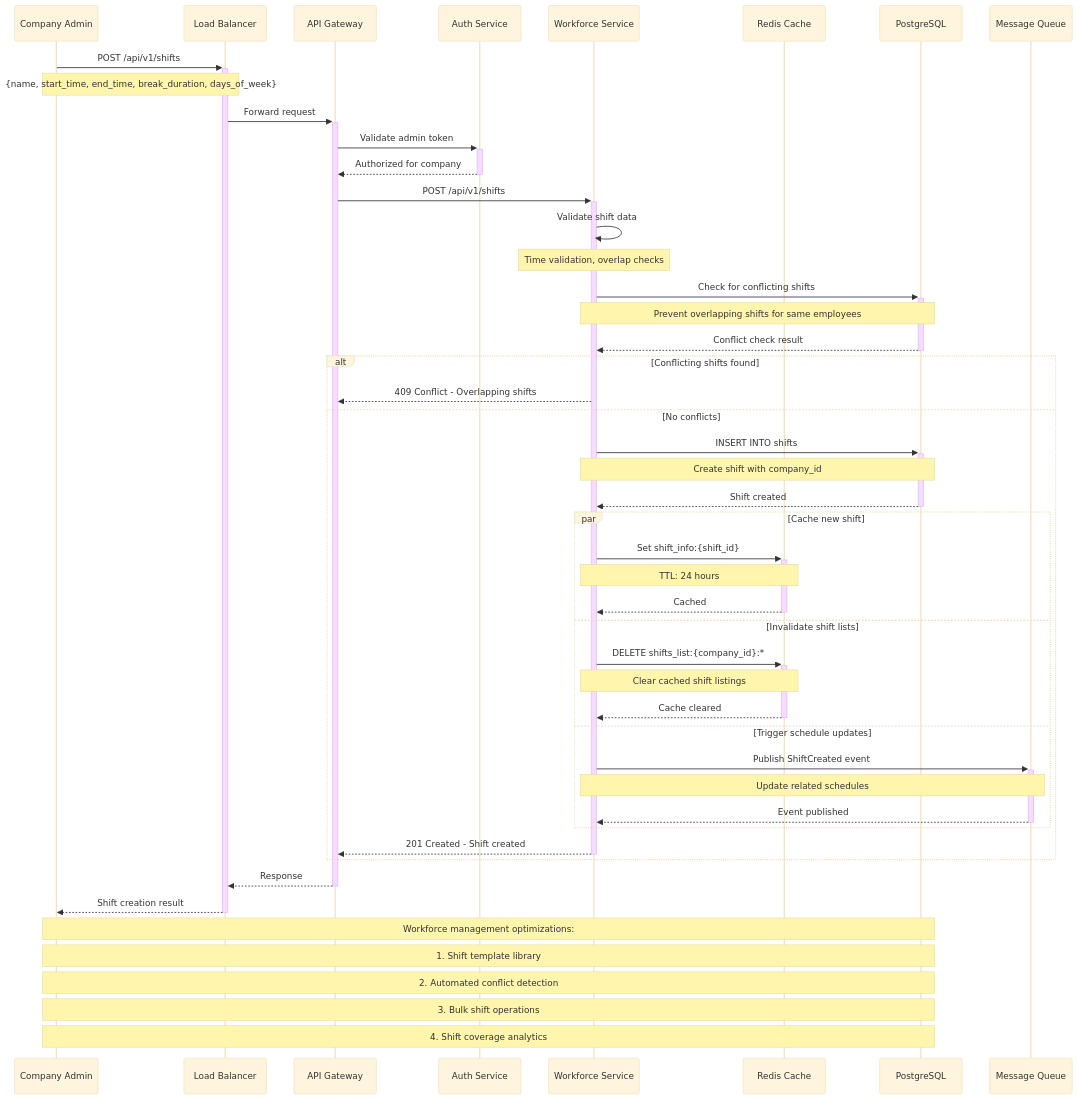
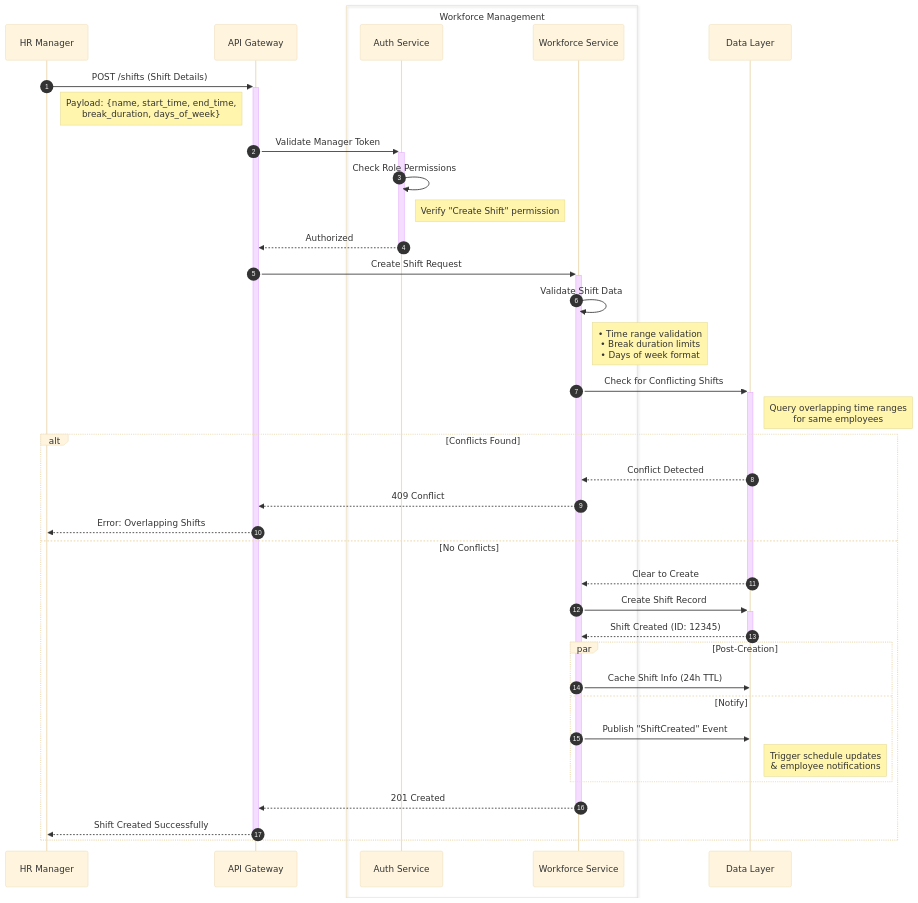
One commit to Youknow2509/cio_verify_face changed the diagram in doc/sequence_diagrams/workforce/create_shift.mmd. Above: the diagram before and after it, drawn with Mermaid (base theme). The commit also changed 70 other files, not shown here.

Commit message:
feat(client): complete UI implementation for all 4 apps - web-admin, web-staff, device-app, system-admin with full features, themes, and auth

```diff
--- a/doc/sequence_diagrams/workforce/create_shift.mmd
+++ b/doc/sequence_diagrams/workforce/create_shift.mmd
@@ -1,58 +1,46 @@
 sequenceDiagram
-    participant Admin as Company Admin
-    participant LB as Load Balancer
+    autonumber
+    participant Manager as HR Manager
     participant Gateway as API Gateway
-    participant Auth as Auth Service
-    participant Workforce as Workforce Service
-    participant Cache as Redis Cache
-    participant DB as PostgreSQL
-    participant Queue as Message Queue
+    box Workforce Management #f9fbe7
+        participant Auth as Auth Service
+        participant Workforce as Workforce Service
+    end
+    participant Data as Data Layer
 
-    Admin->>+LB: POST /api/v1/shifts
-    Note over Admin,LB: {name, start_time, end_time, break_duration, days_of_week}
+    Manager->>+Gateway: POST /shifts (Shift Details)
+    Note right of Manager: Payload: {name, start_time, end_time,<br/>break_duration, days_of_week}
     
-    LB->>+Gateway: Forward request
-    Gateway->>+Auth: Validate admin token
-    Auth-->>-Gateway: Authorized for company
+    Gateway->>+Auth: Validate Manager Token
+    Auth->>Auth: Check Role Permissions
+    Note right of Auth: Verify "Create Shift" permission
+    Auth-->>-Gateway: Authorized
     
-    Gateway->>+Workforce: POST /api/v1/shifts
+    Gateway->>+Workforce: Create Shift Request
     
-    Workforce->>Workforce: Validate shift data
-    Note over Workforce: Time validation, overlap checks
+    Workforce->>Workforce: Validate Shift Data
+    Note right of Workforce: • Time range validation<br/>• Break duration limits<br/>• Days of week format
     
-    Workforce->>+DB: Check for conflicting shifts
-    Note over Workforce,DB: Prevent overlapping shifts for same employees
-    DB-->>-Workforce: Conflict check result
+    Workforce->>+Data: Check for Conflicting Shifts
+    Note right of Data: Query overlapping time ranges<br/>for same employees
     
-    alt Conflicting shifts found
-        Workforce-->>Gateway: 409 Conflict - Overlapping shifts
-    else No conflicts
-        Workforce->>+DB: INSERT INTO shifts
-        Note over Workforce,DB: Create shift with company_id
-        DB-->>-Workforce: Shift created
+    alt Conflicts Found
+        Data-->>Workforce: Conflict Detected
+        Workforce-->>Gateway: 409 Conflict
+        Gateway-->>Manager: Error: Overlapping Shifts
+    else No Conflicts
+        Data-->>-Workforce: Clear to Create
         
-        par Cache new shift
-            Workforce->>+Cache: Set shift_info:{shift_id}
-            Note over Workforce,Cache: TTL: 24 hours
-            Cache-->>-Workforce: Cached
-        and Invalidate shift lists
-            Workforce->>+Cache: DELETE shifts_list:{company_id}:*
-            Note over Workforce,Cache: Clear cached shift listings
-            Cache-->>-Workforce: Cache cleared
-        and Trigger schedule updates
-            Workforce->>+Queue: Publish ShiftCreated event
-            Note over Workforce,Queue: Update related schedules
-            Queue-->>-Workforce: Event published
+        Workforce->>+Data: Create Shift Record
+        Data-->>-Workforce: Shift Created (ID: 12345)
+        
+        par Post-Creation
+            Workforce->>Data: Cache Shift Info (24h TTL)
+        and Notify
+            Workforce->>Data: Publish "ShiftCreated" Event
+            Note right of Data: Trigger schedule updates<br/>& employee notifications
         end
         
-        Workforce-->>-Gateway: 201 Created - Shift created
+        Workforce-->>-Gateway: 201 Created
+        Gateway-->>-Manager: Shift Created Successfully
     end
-    
-    Gateway-->>-LB: Response
-    LB-->>-Admin: Shift creation result
-    
-    Note over Admin,DB: Workforce management optimizations:
-    Note over Admin,DB: 1. Shift template library
-    Note over Admin,DB: 2. Automated conflict detection
-    Note over Admin,DB: 3. Bulk shift operations
-    Note over Admin,DB: 4. Shift coverage analytics
```
